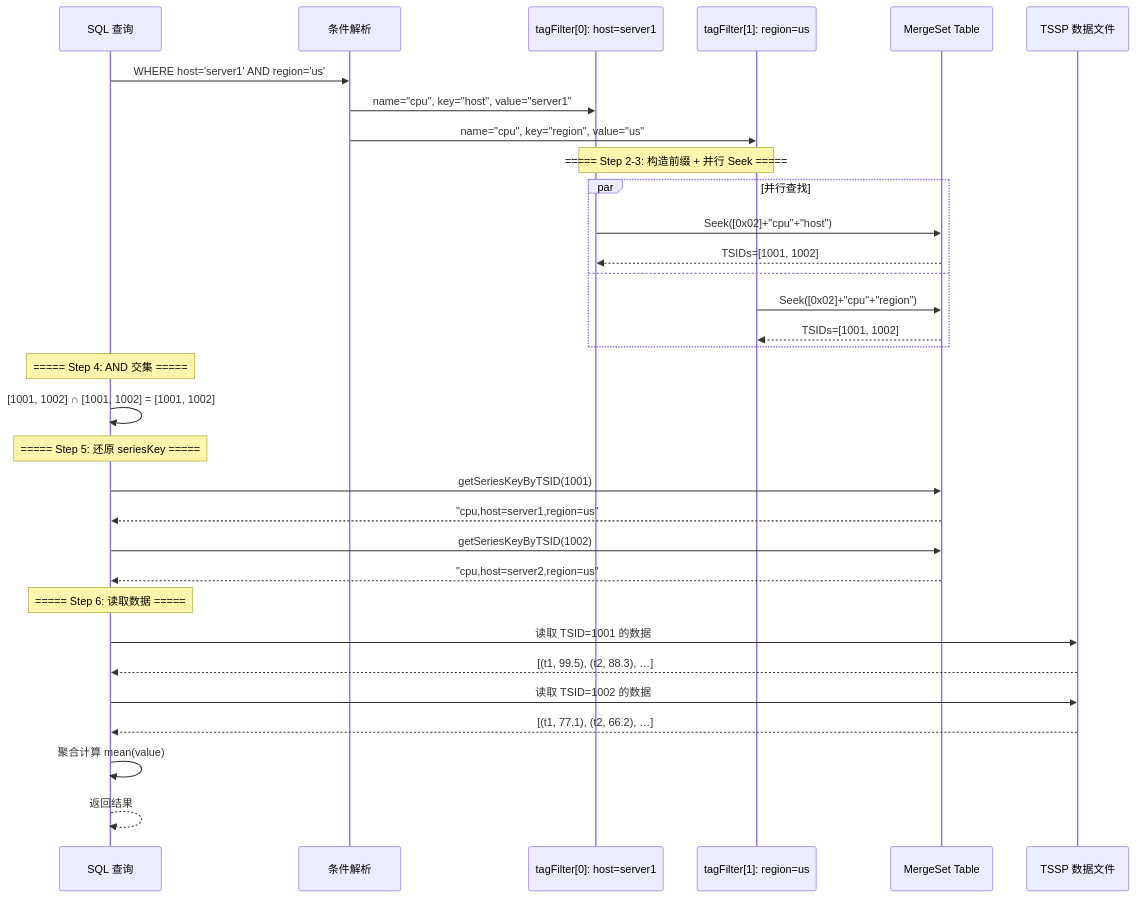
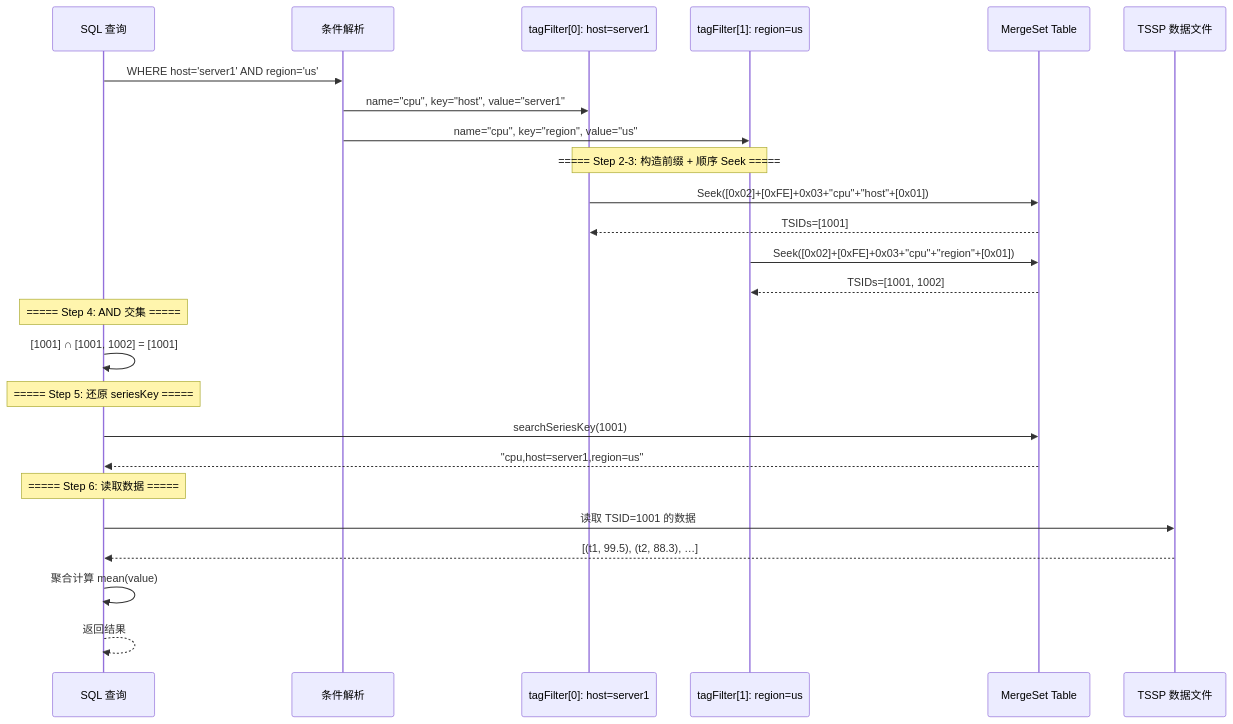
Before and after one commit to stefanv5/openGemini: diagram 17 of 47 in docs/specs/02_index_system_spec.md, drawn with Mermaid. The commit also changed other lines of this file and 37 other files, not shown here.

````diff
--- a/docs/specs/02_index_system_spec.md
+++ b/docs/specs/02_index_system_spec.md
@@ -1687,41 +1732,34 @@
 ```mermaid
 sequenceDiagram
     participant SQL as SQL 查询
     participant Parse as 条件解析
     participant F1 as tagFilter[0]: host=server1
     participant F2 as tagFilter[1]: region=us
     participant MS as MergeSet Table
     participant Data as TSSP 数据文件
 
     SQL->>Parse: WHERE host='server1' AND region='us'
     Parse->>F1: name="cpu", key="host", value="server1"
     Parse->>F2: name="cpu", key="region", value="us"
 
-    Note over F1,F2: ===== Step 2-3: 构造前缀 + 并行 Seek =====
+    Note over F1,F2: ===== Step 2-3: 构造前缀 + 顺序 Seek =====
 
-    par 并行查找
-        F1->>MS: Seek([0x02]+"cpu"+"host")
-        MS-->>F1: TSIDs=[1001, 1002]
-    and
-        F2->>MS: Seek([0x02]+"cpu"+"region")
-        MS-->>F2: TSIDs=[1001, 1002]
-    end
+    F1->>MS: Seek([0x02]+[0xFE]+0x03+"cpu"+"host"+[0x01])
+    MS-->>F1: TSIDs=[1001]
+    F2->>MS: Seek([0x02]+[0xFE]+0x03+"cpu"+"region"+[0x01])
+    MS-->>F2: TSIDs=[1001, 1002]
 
     Note over SQL: ===== Step 4: AND 交集 =====
-    SQL->>SQL: [1001, 1002] ∩ [1001, 1002] = [1001, 1002]
+    SQL->>SQL: [1001] ∩ [1001, 1002] = [1001]
 
     Note over SQL: ===== Step 5: 还原 seriesKey =====
-    SQL->>MS: getSeriesKeyByTSID(1001)
+    SQL->>MS: searchSeriesKey(1001)
     MS-->>SQL: "cpu,host=server1,region=us"
-    SQL->>MS: getSeriesKeyByTSID(1002)
-    MS-->>SQL: "cpu,host=server2,region=us"
 
     Note over SQL: ===== Step 6: 读取数据 =====
     SQL->>Data: 读取 TSID=1001 的数据
     Data-->>SQL: [(t1, 99.5), (t2, 88.3), …]
-    SQL->>Data: 读取 TSID=1002 的数据
-    Data-->>SQL: [(t1, 77.1), (t2, 66.2), …]
 
     SQL->>SQL: 聚合计算 mean(value)
     SQL-->>SQL: 返回结果
 ```
````
